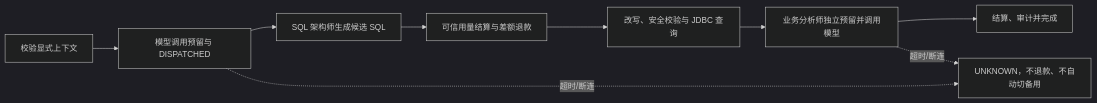
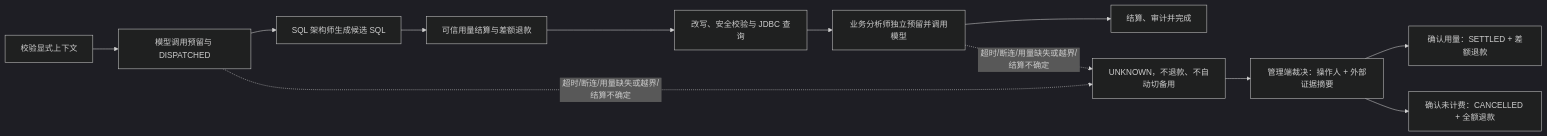
Before and after one commit to yuxiuliang/lingsql-engine: the second of 4 diagrams in docs/Agent插件底座架构.md, drawn with Mermaid (dark theme). The commit also changed other lines of this file and 1 other file, not shown here.

````diff
--- a/docs/Agent插件底座架构.md
+++ b/docs/Agent插件底座架构.md
@@ -77,11 +77,14 @@
 ```mermaid
 flowchart LR
     A["校验显式上下文"] --> B["模型调用预留与 DISPATCHED"]
     B --> C["SQL 架构师生成候选 SQL"]
     C --> D["可信用量结算与差额退款"]
     D --> E["改写、安全校验与 JDBC 查询"]
     E --> F["业务分析师独立预留并调用模型"]
     F --> G["结算、审计并完成"]
-    B -. "超时/断连" .-> U["UNKNOWN，不退款、不自动切备用"]
-    F -. "超时/断连" .-> U
+    B -. "超时/断连/用量缺失或越界/结算不确定" .-> U["UNKNOWN，不退款、不自动切备用"]
+    F -. "超时/断连/用量缺失或越界/结算不确定" .-> U
+    U --> R["管理端裁决：操作人 + 外部证据摘要"]
+    R --> S["确认用量：SETTLED + 差额退款"]
+    R --> X["确认未计费：CANCELLED + 全额退款"]
 ```
````
